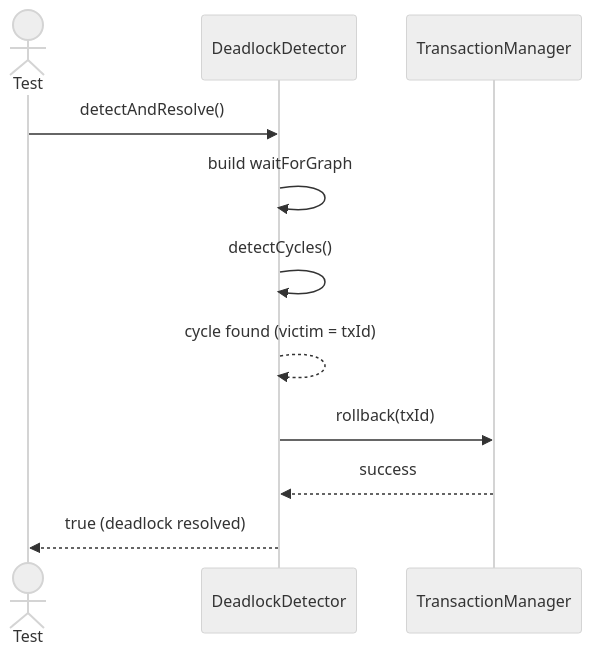
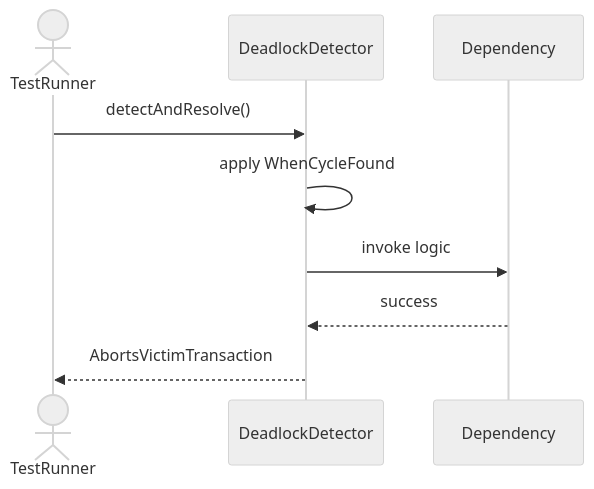
One commit to TamBui1706/DBMS changed the first of 5 diagrams in Sequences/TransactionManagement/DeadlockDetector.md. Above: the diagram before and after it, drawn with Mermaid (neutral theme). The commit also changed other lines of this file and 63 other files, not shown here.

Commit message:
Draw sequence diagram for unit tests

````diff
--- a/Sequences/TransactionManagement/DeadlockDetector.md
+++ b/Sequences/TransactionManagement/DeadlockDetector.md
@@ -15,14 +19,10 @@
 ```mermaid
 sequenceDiagram
-    actor Test
+    actor TestRunner
     participant DeadlockDetector
-    participant TransactionManager
-
-    Test->>DeadlockDetector: detectAndResolve()
-    DeadlockDetector->>DeadlockDetector: build waitForGraph
-    DeadlockDetector->>DeadlockDetector: detectCycles()
-    DeadlockDetector-->>DeadlockDetector: cycle found (victim = txId)
-    DeadlockDetector->>TransactionManager: rollback(txId)
-    TransactionManager-->>DeadlockDetector: success
-    DeadlockDetector-->>Test: true (deadlock resolved)
+    TestRunner->>DeadlockDetector: detectAndResolve()
+    DeadlockDetector->>DeadlockDetector: apply WhenCycleFound
+    DeadlockDetector->>Dependency: invoke logic
+    Dependency-->>DeadlockDetector: success
+    DeadlockDetector-->>TestRunner: AbortsVictimTransaction
 ```
````
